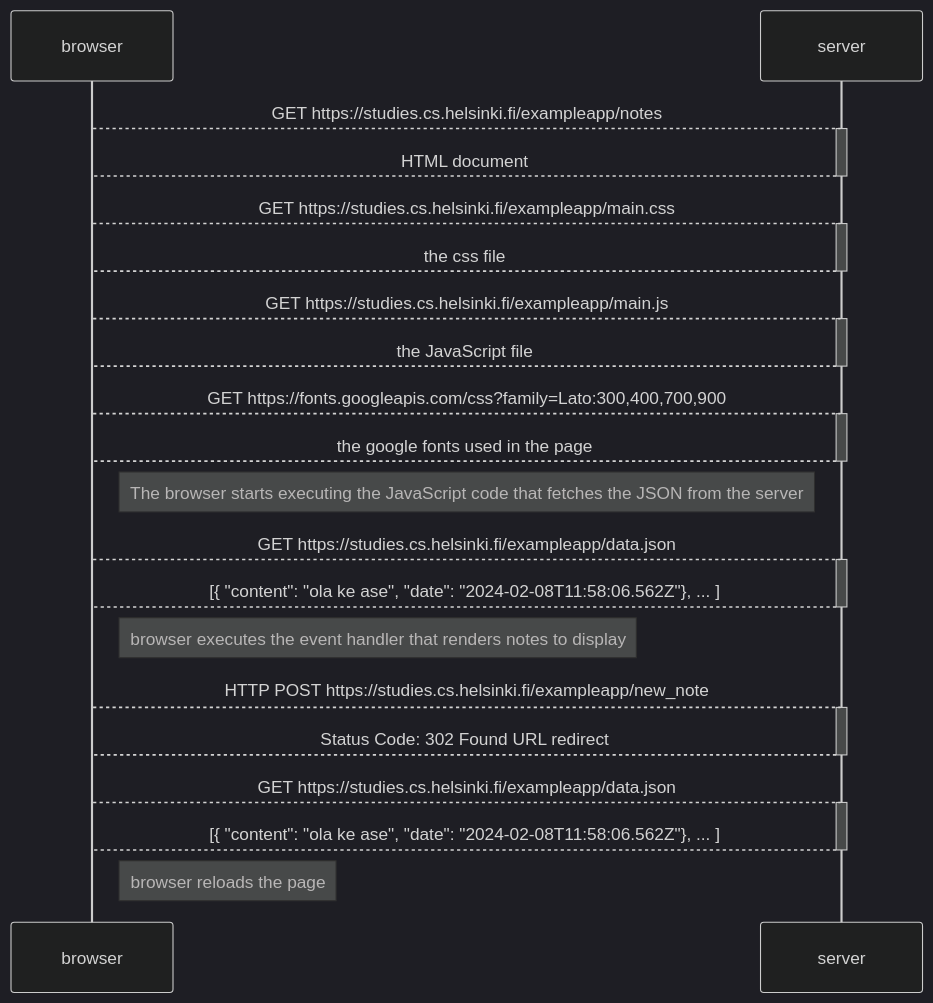
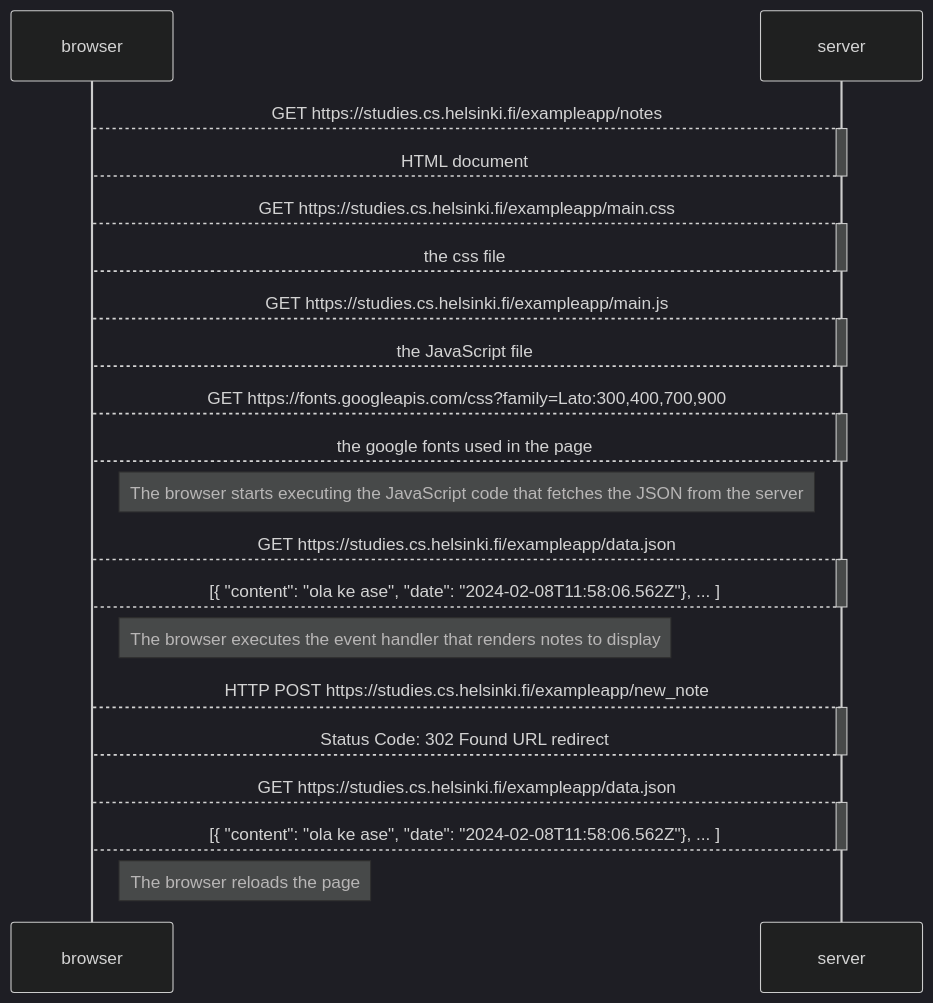
Before and after one commit to luchosr/fullstack-open: the diagram in part0/0.4.md, drawn with Mermaid (dark theme).

Commit message:
update message

````diff
--- a/part0/0.4.md
+++ b/part0/0.4.md
@@ -1,46 +1,46 @@
 ```mermaid
 sequenceDiagram
     participant browser
     participant server
 
     browser-->server: GET https://studies.cs.helsinki.fi/exampleapp/notes
     activate server
     server-->browser: HTML document
     deactivate server
 
     browser-->server: GET https://studies.cs.helsinki.fi/exampleapp/main.css
     activate server
     server-->browser: the css file
     deactivate server
 
     browser-->server: GET https://studies.cs.helsinki.fi/exampleapp/main.js
     activate server
     server-->browser: the JavaScript file
     deactivate server
 
     browser-->server: GET https://fonts.googleapis.com/css?family=Lato:300,400,700,900
     activate server
     server-->browser: the google fonts used in the page
     deactivate server
 
     Note right of browser: The browser starts executing the JavaScript code that fetches the JSON from the server
 
     browser-->server: GET https://studies.cs.helsinki.fi/exampleapp/data.json
     activate server
     server-->browser: [{ "content": "ola ke ase", "date": "2024-02-08T11:58:06.562Z"}, ... ]
     deactivate server
 
-    Note right of browser: browser executes the event handler that renders notes to display
+    Note right of browser:The browser executes the event handler that renders notes to display
 
     browser-->server: HTTP POST https://studies.cs.helsinki.fi/exampleapp/new_note
     activate server
     server-->browser: Status Code: 302 Found URL redirect
     deactivate server
 
     browser-->server: GET https://studies.cs.helsinki.fi/exampleapp/data.json
     activate server
     server-->browser: [{ "content": "ola ke ase", "date": "2024-02-08T11:58:06.562Z"}, ... ]
     deactivate server
 
-     Note right of browser: browser reloads the page
+     Note right of browser:The browser reloads the page
 ```
````
